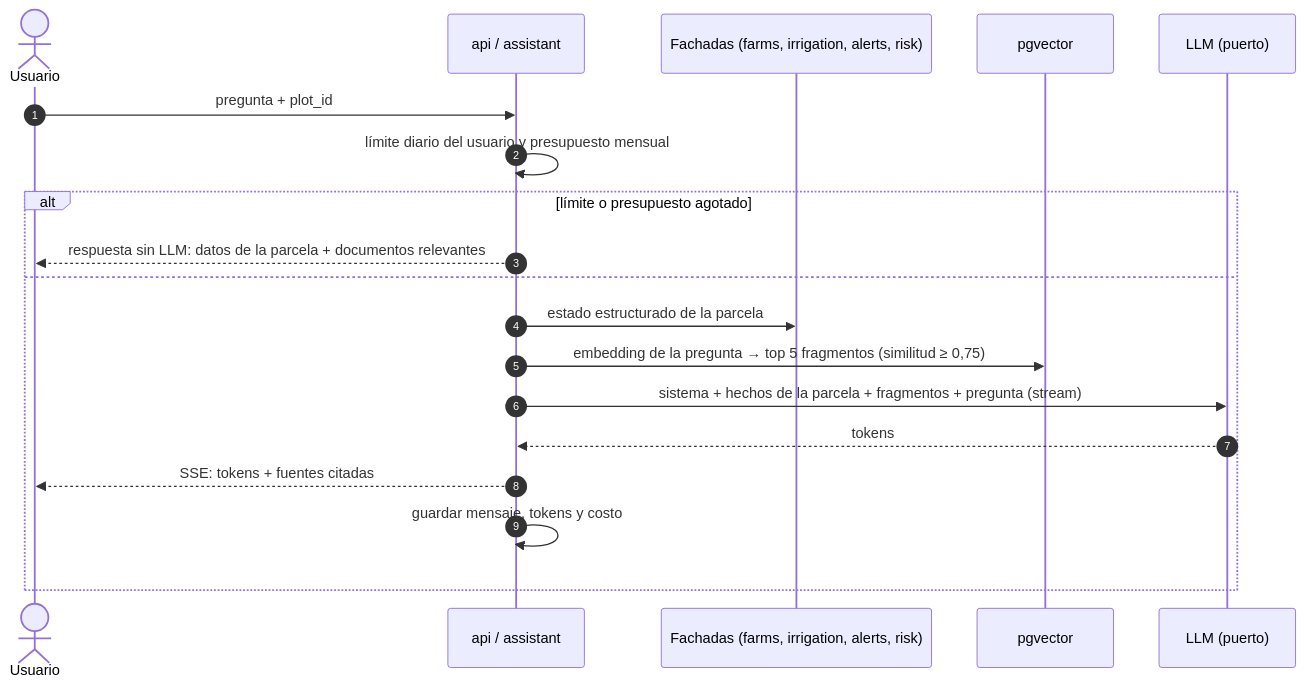
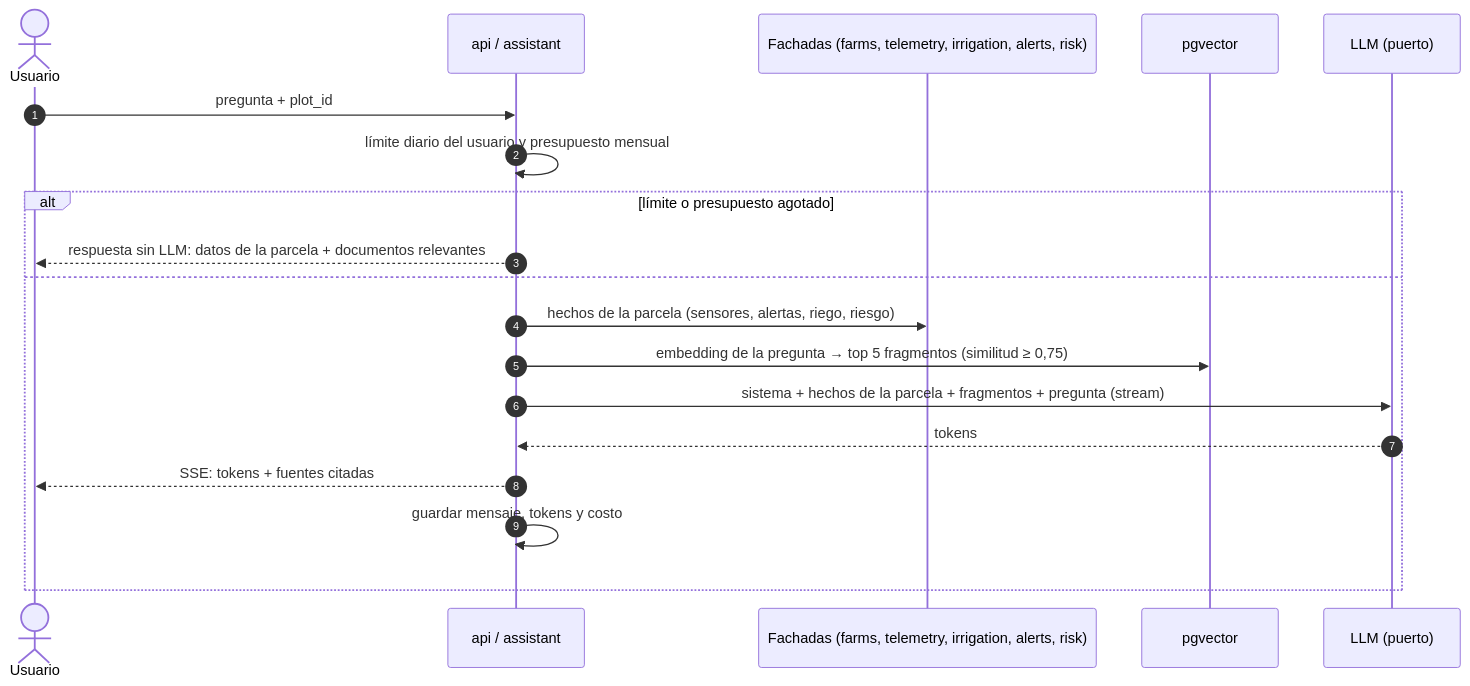
The eighth of 9 diagrams in docs/06-diseno-detallado.md (jab16jy/techcamp-v2), drawn with Mermaid before and after one commit. The commit also changed other lines of this file and 2 other files, not shown here.

````diff
--- a/docs/06-diseno-detallado.md
+++ b/docs/06-diseno-detallado.md
@@ -260,22 +260,22 @@
 ```mermaid
 sequenceDiagram
   autonumber
   actor U as Usuario
   participant API as api / assistant
-  participant F as Fachadas (farms, irrigation, alerts, risk)
+  participant F as Fachadas (farms, telemetry, irrigation, alerts, risk)
   participant DB as pgvector
   participant L as LLM (puerto)
 
   U->>API: pregunta + plot_id
   API->>API: límite diario del usuario y presupuesto mensual
   alt límite o presupuesto agotado
     API-->>U: respuesta sin LLM: datos de la parcela + documentos relevantes
   else
-    API->>F: estado estructurado de la parcela
+    API->>F: hechos de la parcela (sensores, alertas, riego, riesgo)
     API->>DB: embedding de la pregunta → top 5 fragmentos (similitud ≥ 0,75)
     API->>L: sistema + hechos de la parcela + fragmentos + pregunta (stream)
     L-->>API: tokens
     API-->>U: SSE: tokens + fuentes citadas
     API->>API: guardar mensaje, tokens y costo
   end
 ```
````
